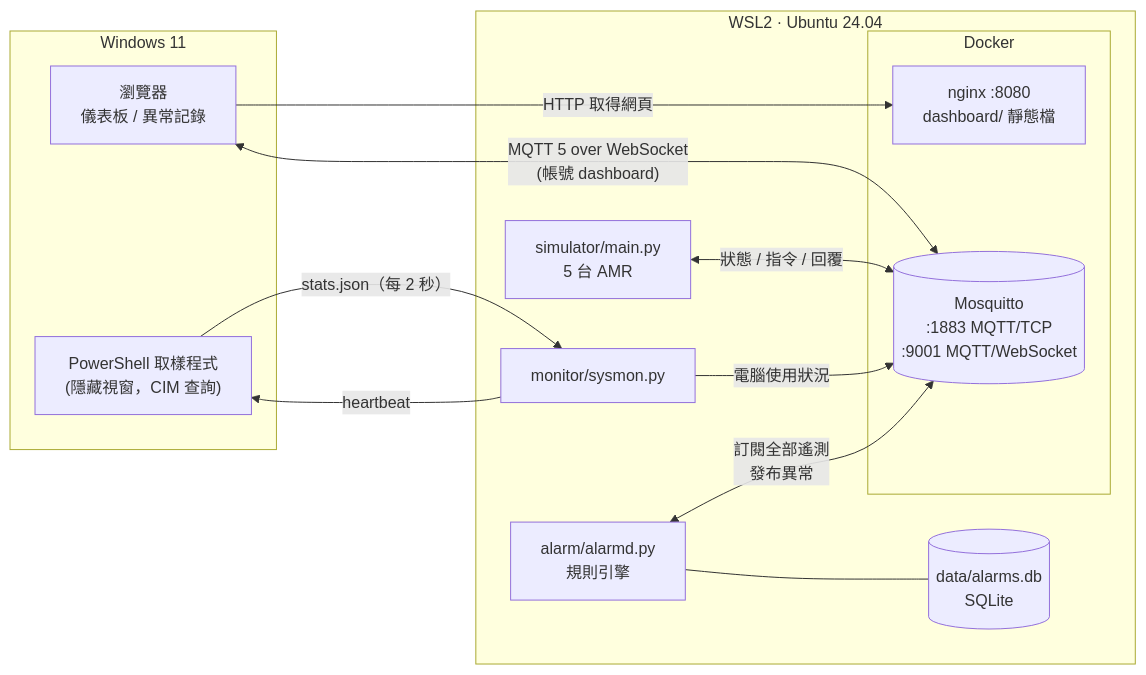
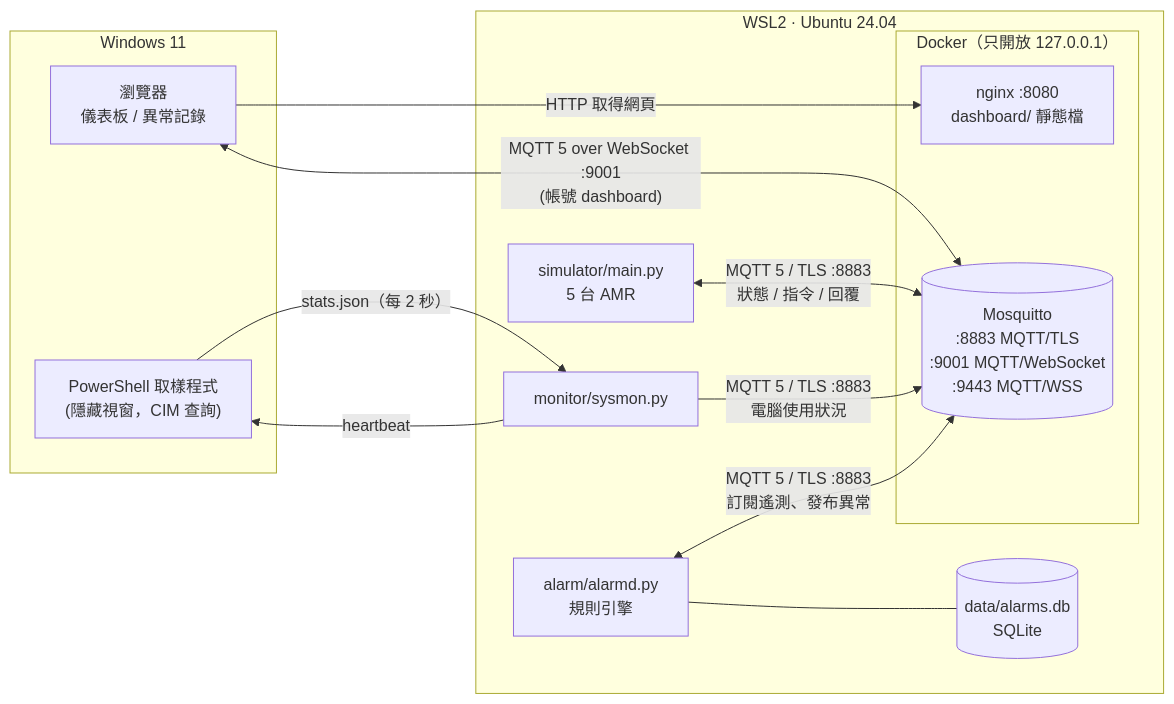
One commit to Kaixong/amr-mqtt-monitor changed the diagram in README.md. Above: the diagram before and after it, drawn with Mermaid. The commit also changed other lines of this file and 12 other files, not shown here.

First line of the commit message:
Close MQTT best-practice gaps: TLS, MQTT 5 properties, integration tests

````diff
--- a/README.md
+++ b/README.md
@@ -55,25 +57,25 @@
 ```mermaid
 flowchart LR
   subgraph WIN["Windows 11"]
     BR["瀏覽器<br/>儀表板 / 異常記錄"]
     PS["PowerShell 取樣程式<br/>(隱藏視窗，CIM 查詢)"]
   end
   subgraph WSL["WSL2 · Ubuntu 24.04"]
-    subgraph DK["Docker"]
+    subgraph DK["Docker（只開放 127.0.0.1）"]
       NG["nginx :8080<br/>dashboard/ 靜態檔"]
-      MQ[("Mosquitto<br/>:1883 MQTT/TCP<br/>:9001 MQTT/WebSocket")]
+      MQ[("Mosquitto<br/>:8883 MQTT/TLS<br/>:9001 MQTT/WebSocket<br/>:9443 MQTT/WSS")]
     end
     SIM["simulator/main.py<br/>5 台 AMR"]
     SYS["monitor/sysmon.py"]
     ALM["alarm/alarmd.py<br/>規則引擎"]
     DB[("data/alarms.db<br/>SQLite")]
   end
   BR -- "HTTP 取得網頁" --> NG
-  BR <-- "MQTT 5 over WebSocket<br/>(帳號 dashboard)" --> MQ
-  SIM <-- "狀態 / 指令 / 回覆" --> MQ
-  SYS -- "電腦使用狀況" --> MQ
-  ALM <-- "訂閱全部遙測<br/>發布異常" --> MQ
+  BR <-- "MQTT 5 over WebSocket :9001<br/>(帳號 dashboard)" --> MQ
+  SIM <-- "MQTT 5 / TLS :8883<br/>狀態 / 指令 / 回覆" --> MQ
+  SYS -- "MQTT 5 / TLS :8883<br/>電腦使用狀況" --> MQ
+  ALM <-- "MQTT 5 / TLS :8883<br/>訂閱遙測、發布異常" --> MQ
   ALM --- DB
   PS -- "stats.json（每 2 秒）" --> SYS
   SYS -- "heartbeat" --> PS
 ```
````
